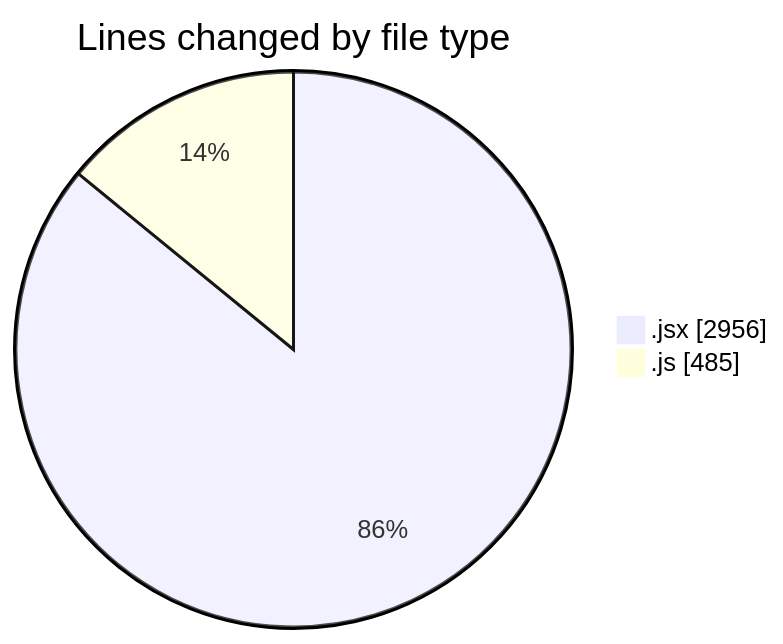
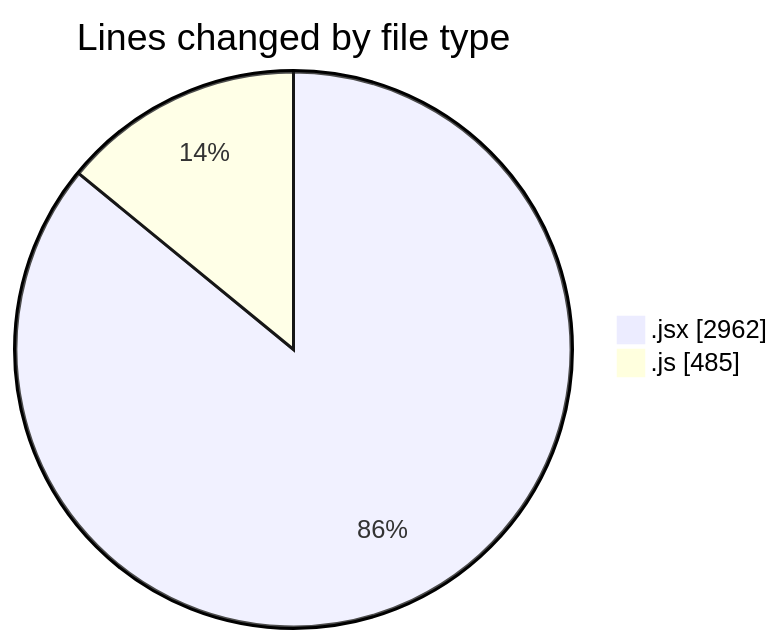
Before and after one commit to nxtqubesakshisongat/code-tracking: the first of 2 diagrams in 2025-05-22/nxtqube_webapp/README.md, drawn with Mermaid. The commit also changed other lines of this file and 1 other file, not shown here.

````diff
--- a/2025-05-22/nxtqube_webapp/README.md
+++ b/2025-05-22/nxtqube_webapp/README.md
@@ -23,6 +23,6 @@
 ```mermaid
 pie showData
 title Lines changed by file type
-".jsx" : 2956
+".jsx" : 2962
 ".js" : 485
 ```
````
